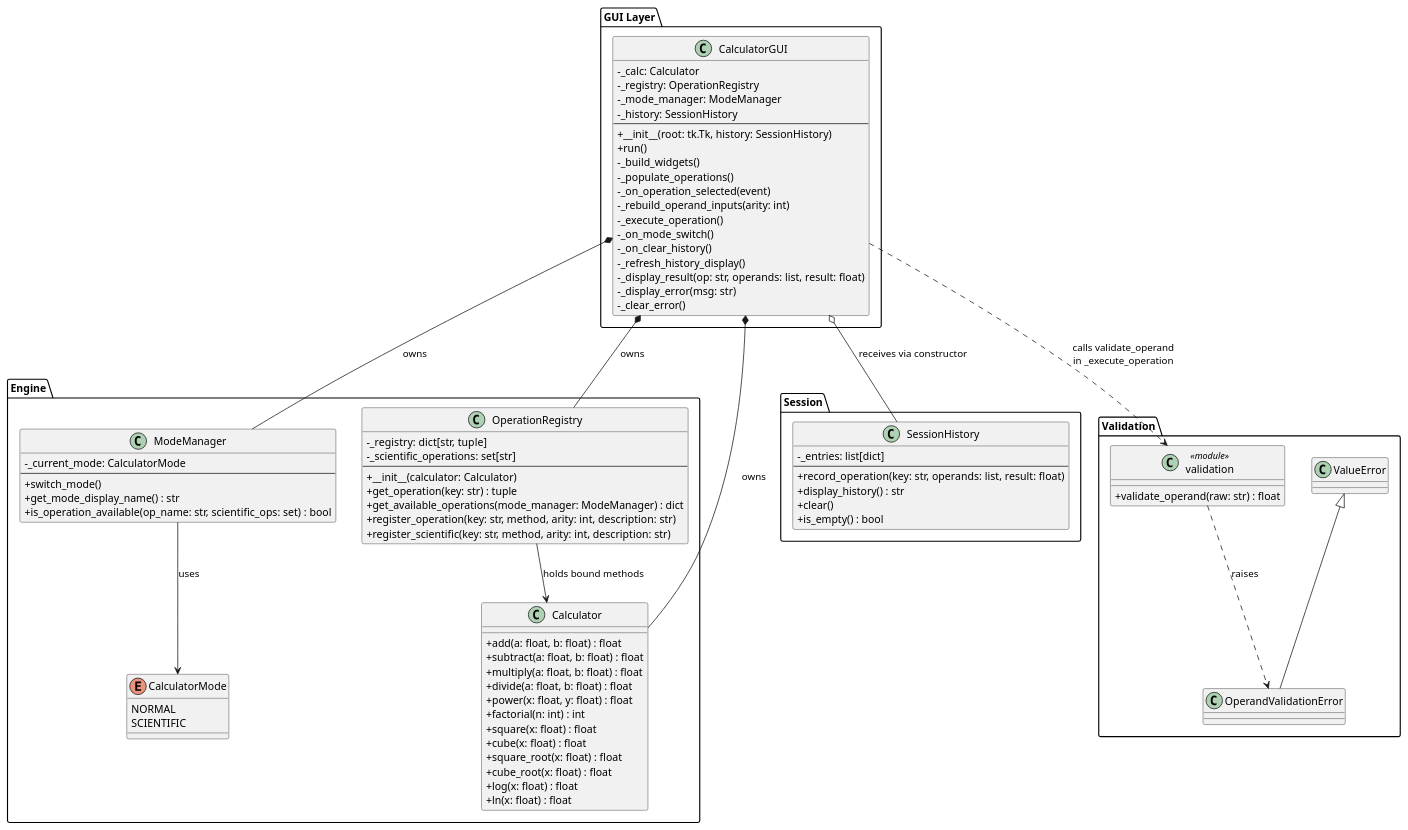
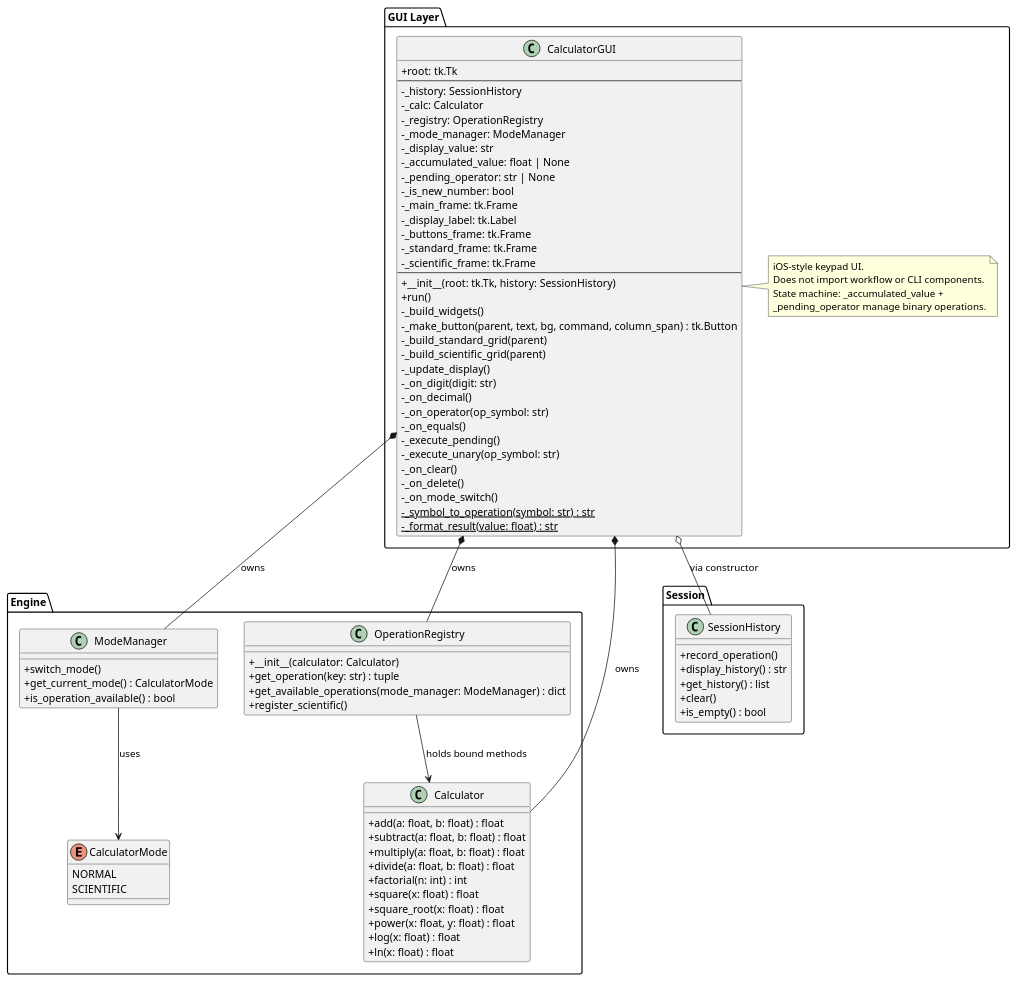
The diagram in artifacts/class_diagram_gui_layer.puml (DanielRiha8906/Calculator_bachelor_autoevolution_team), drawn with PlantUML before and after one commit. The commit also changed 3 other files, not shown here.

First line of the commit message:
chore: update diagrams for iOS calculator GUI redesign

```diff
--- a/artifacts/class_diagram_gui_layer.puml
+++ b/artifacts/class_diagram_gui_layer.puml
@@ -1,102 +1,102 @@
 @startuml class_diagram_gui_layer
 
 skinparam classAttributeIconSize 0
 
 package "GUI Layer" {
     class CalculatorGUI {
+        +root: tk.Tk
+        --
+        -_history: SessionHistory
         -_calc: Calculator
         -_registry: OperationRegistry
         -_mode_manager: ModeManager
-        -_history: SessionHistory
+        -_display_value: str
+        -_accumulated_value: float | None
+        -_pending_operator: str | None
+        -_is_new_number: bool
+        -_main_frame: tk.Frame
+        -_display_label: tk.Label
+        -_buttons_frame: tk.Frame
+        -_standard_frame: tk.Frame
+        -_scientific_frame: tk.Frame
         --
         +__init__(root: tk.Tk, history: SessionHistory)
         +run()
         -_build_widgets()
-        -_populate_operations()
-        -_on_operation_selected(event)
-        -_rebuild_operand_inputs(arity: int)
-        -_execute_operation()
+        -_make_button(parent, text, bg, command, column_span) : tk.Button
+        -_build_standard_grid(parent)
+        -_build_scientific_grid(parent)
+        -_update_display()
+        -_on_digit(digit: str)
+        -_on_decimal()
+        -_on_operator(op_symbol: str)
+        -_on_equals()
+        -_execute_pending()
+        -_execute_unary(op_symbol: str)
+        -_on_clear()
+        -_on_delete()
         -_on_mode_switch()
-        -_on_clear_history()
-        -_refresh_history_display()
-        -_display_result(op: str, operands: list, result: float)
-        -_display_error(msg: str)
-        -_clear_error()
+        -{static} _symbol_to_operation(symbol: str) : str
+        -{static} _format_result(value: float) : str
     }
+
+    note right of CalculatorGUI
+        iOS-style keypad UI.
+        Does not import workflow or CLI components.
+        State machine: _accumulated_value +
+        _pending_operator manage binary operations.
+    end note
 }
 
 package "Engine" {
     class Calculator {
         +add(a: float, b: float) : float
         +subtract(a: float, b: float) : float
         +multiply(a: float, b: float) : float
         +divide(a: float, b: float) : float
-        +power(x: float, y: float) : float
         +factorial(n: int) : int
         +square(x: float) : float
-        +cube(x: float) : float
         +square_root(x: float) : float
-        +cube_root(x: float) : float
+        +power(x: float, y: float) : float
         +log(x: float) : float
         +ln(x: float) : float
     }
 
     class OperationRegistry {
-        -_registry: dict[str, tuple]
-        -_scientific_operations: set[str]
-        --
         +__init__(calculator: Calculator)
         +get_operation(key: str) : tuple
         +get_available_operations(mode_manager: ModeManager) : dict
-        +register_operation(key: str, method, arity: int, description: str)
-        +register_scientific(key: str, method, arity: int, description: str)
+        +register_scientific()
     }
 
     class ModeManager {
-        -_current_mode: CalculatorMode
-        --
         +switch_mode()
-        +get_mode_display_name() : str
-        +is_operation_available(op_name: str, scientific_ops: set) : bool
+        +get_current_mode() : CalculatorMode
+        +is_operation_available() : bool
     }
 
     enum CalculatorMode {
         NORMAL
         SCIENTIFIC
     }
 }
 
 package "Session" {
     class SessionHistory {
-        -_entries: list[dict]
-        --
-        +record_operation(key: str, operands: list, result: float)
+        +record_operation()
         +display_history() : str
+        +get_history() : list
         +clear()
         +is_empty() : bool
     }
 }
 
-package "Validation" {
-    class validation <<module>> {
-        +validate_operand(raw: str) : float
-    }
+CalculatorGUI *-- Calculator         : owns
+CalculatorGUI *-- OperationRegistry  : owns
+CalculatorGUI *-- ModeManager        : owns
+CalculatorGUI o-- SessionHistory     : via constructor
 
-    class OperandValidationError {
-    }
-
-    ValueError <|-- OperandValidationError
-    validation ..> OperandValidationError : raises
-}
-
-CalculatorGUI *-- Calculator       : owns
-CalculatorGUI *-- OperationRegistry : owns
-CalculatorGUI *-- ModeManager      : owns
-CalculatorGUI o-- SessionHistory   : receives via constructor
-
-OperationRegistry --> Calculator   : holds bound methods
-ModeManager --> CalculatorMode     : uses
-
-CalculatorGUI ..> validation       : calls validate_operand\nin _execute_operation
+OperationRegistry --> Calculator     : holds bound methods
+ModeManager --> CalculatorMode       : uses
 
 @enduml
```
